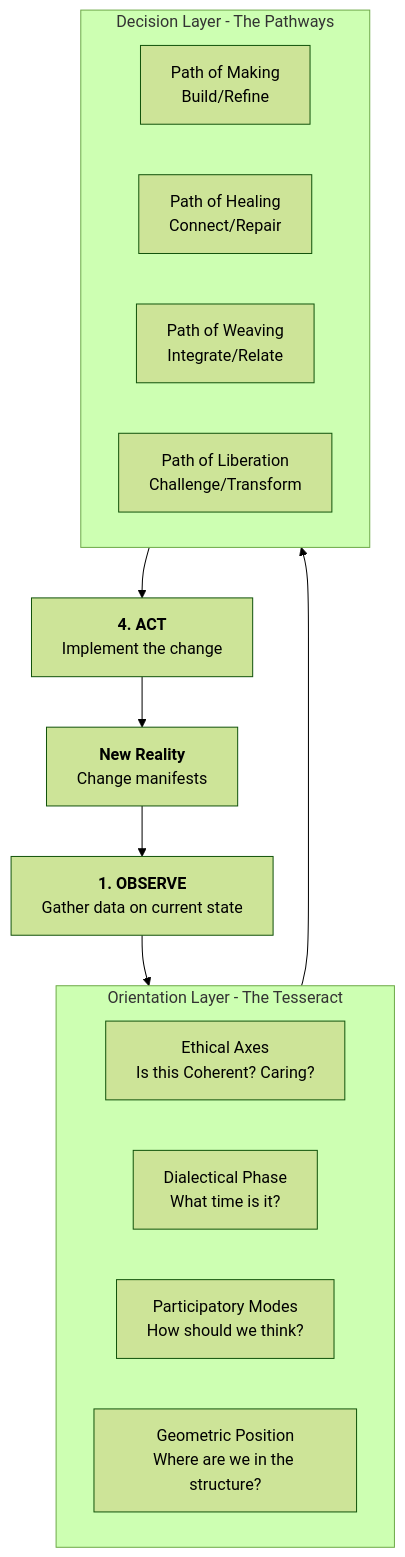
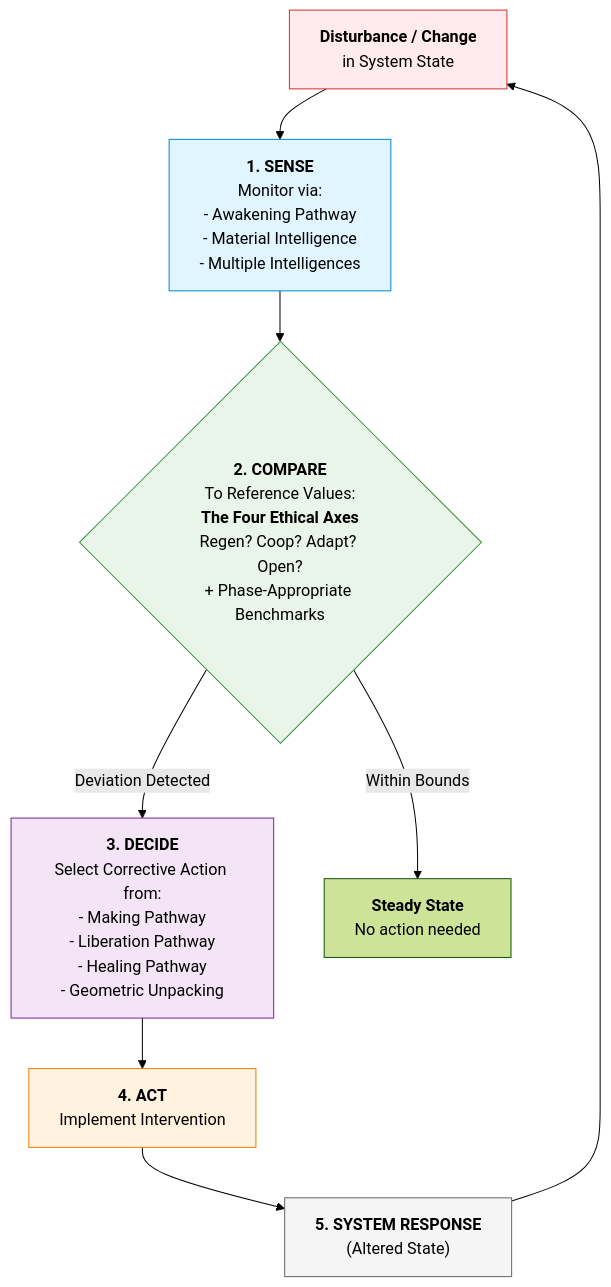
Before and after one commit to ravaioli/solarpunk-mandala: the first of 3 diagrams in framework/core-model/10-cybernetic-foundations.md, drawn with Mermaid (forest theme). The commit also changed other lines of this file, not shown here.

````diff
--- a/framework/core-model/10-cybernetic-foundations.md
+++ b/framework/core-model/10-cybernetic-foundations.md
@@ -31,22 +106,18 @@
 ```mermaid
 flowchart TD
-    A[<b>1. OBSERVE</b><br>Gather data on current state] --> B[<b>2. ORIENT</b><br>Analyze within the Tesseract];
-    B --> C[<b>3. DECIDE</b><br>Choose a Path & Action];
-    C --> D[<b>4. ACT</b><br>Implement the change];
-    D --> E[<b>New Reality</b><br>Change manifests];
-    E --> A;
+    A["<b>Disturbance / Change</b><br>in System State"]
+    A --> B["<b>1. SENSE</b><br>Monitor via:<br>- Awakening Pathway<br>- Material Intelligence<br>- Multiple Intelligences"]
+    B --> C{"<b>2. COMPARE</b><br>To Reference Values:<br><b>The Four Ethical Axes</b><br>Regen? Coop? Adapt? Open?<br>+ Phase-Appropriate Benchmarks"}
+    C -->|Deviation Detected| D["<b>3. DECIDE</b><br>Select Corrective Action from:<br>- Making Pathway<br>- Liberation Pathway<br>- Healing Pathway<br>- Geometric Unpacking"]
+    C -->|Within Bounds| E["<b>Steady State</b><br>No action needed"]
+    D --> F["<b>4. ACT</b><br>Implement Intervention"]
+    F --> G["<b>5. SYSTEM RESPONSE</b><br>(Altered State)"]
+    G --> A
 
-    subgraph B [Orientation Layer - The Tesseract]
-        B1[Ethical Axes<br>Is this Coherent? Caring?]
-        B2[Dialectical Phase<br>What time is it?]
-        B3[Participatory Modes<br>How should we think?]
-        B4[Geometric Position<br>Where are we in the structure?]
-    end
-
-    subgraph C [Decision Layer - The Pathways]
-        C1[Path of Making<br>Build/Refine]
-        C2[Path of Healing<br>Connect/Repair]
-        C3[Path of Weaving<br>Integrate/Relate]
-        C4[Path of Liberation<br>Challenge/Transform]
-    end
+    style A fill:#ffebee,stroke:#d32f2f
+    style B fill:#e1f5fe,stroke:#0288d1
+    style C fill:#e8f5e8,stroke:#388e3c
+    style D fill:#f3e5f5,stroke:#7b1fa2
+    style F fill:#fff3e0,stroke:#f57c00
+    style G fill:#f5f5f5,stroke:#666
 ```
````
